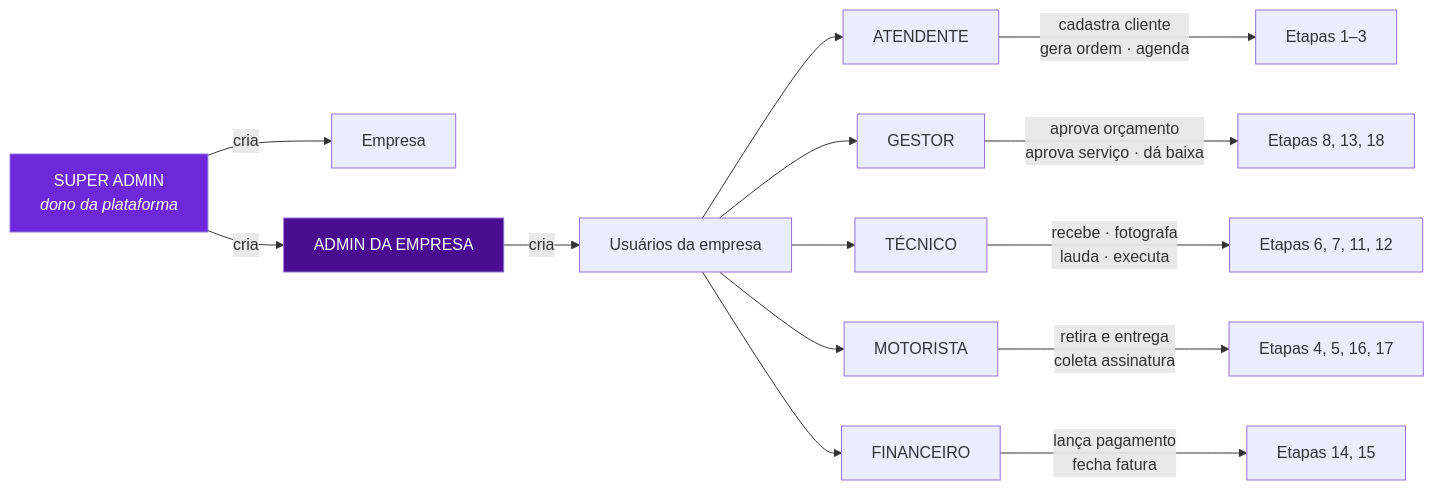
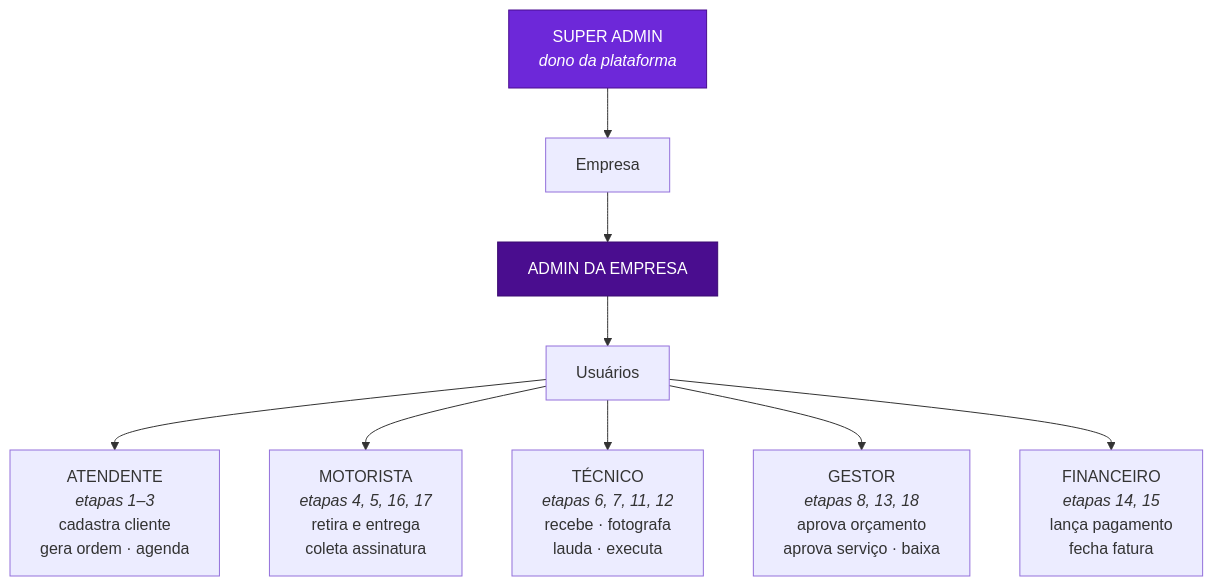
The second of 7 diagrams in PROCESSOS.md (lucasjesus123/DTECH-MED), drawn with Mermaid before and after one commit. The commit also changed other lines of this file and 1 other file, not shown here.

First line of the commit message:
Redesenha os diagramas para caberem impressos

````diff
--- a/PROCESSOS.md
+++ b/PROCESSOS.md
@@ -52,21 +53,13 @@
 ```mermaid
-flowchart LR
-    SA["SUPER ADMIN<br/><i>dono da plataforma</i>"] -->|cria| EMP["Empresa"]
-    SA -->|cria| ADM["ADMIN DA EMPRESA"]
-    ADM -->|cria| USR["Usuários da empresa"]
+flowchart TB
+    SA["SUPER ADMIN<br/><i>dono da plataforma</i>"] --> EMP["Empresa"] --> ADM["ADMIN DA EMPRESA"] --> USR["Usuários"]
 
-    USR --> AT["ATENDENTE"]
-    USR --> GE["GESTOR"]
-    USR --> TE["TÉCNICO"]
-    USR --> MO["MOTORISTA"]
-    USR --> FI["FINANCEIRO"]
+    USR --> AT["ATENDENTE<br/><i>etapas 1–3</i><br/>cadastra cliente<br/>gera ordem · agenda"]
+    USR --> MO["MOTORISTA<br/><i>etapas 4, 5, 16, 17</i><br/>retira e entrega<br/>coleta assinatura"]
+    USR --> TE["TÉCNICO<br/><i>etapas 6, 7, 11, 12</i><br/>recebe · fotografa<br/>lauda · executa"]
+    USR --> GE["GESTOR<br/><i>etapas 8, 13, 18</i><br/>aprova orçamento<br/>aprova serviço · baixa"]
+    USR --> FI["FINANCEIRO<br/><i>etapas 14, 15</i><br/>lança pagamento<br/>fecha fatura"]
 
-    AT -->|"cadastra cliente<br/>gera ordem · agenda"| E1["Etapas 1–3"]
-    MO -->|"retira e entrega<br/>coleta assinatura"| E2["Etapas 4, 5, 16, 17"]
-    TE -->|"recebe · fotografa<br/>lauda · executa"| E3["Etapas 6, 7, 11, 12"]
-    GE -->|"aprova orçamento<br/>aprova serviço · dá baixa"| E4["Etapas 8, 13, 18"]
-    FI -->|"lança pagamento<br/>fecha fatura"| E5["Etapas 14, 15"]
-
-    style SA fill:#6D28D9,color:#fff
-    style ADM fill:#4A0D8F,color:#fff
+    style SA fill:#6D28D9,color:#fff,stroke:#4A0D8F
+    style ADM fill:#4A0D8F,color:#fff,stroke:#3A0A70
 ```
````
